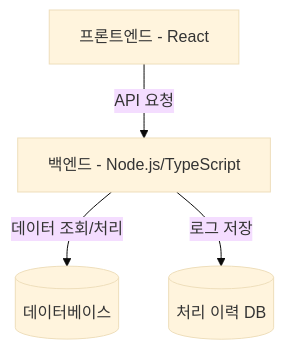
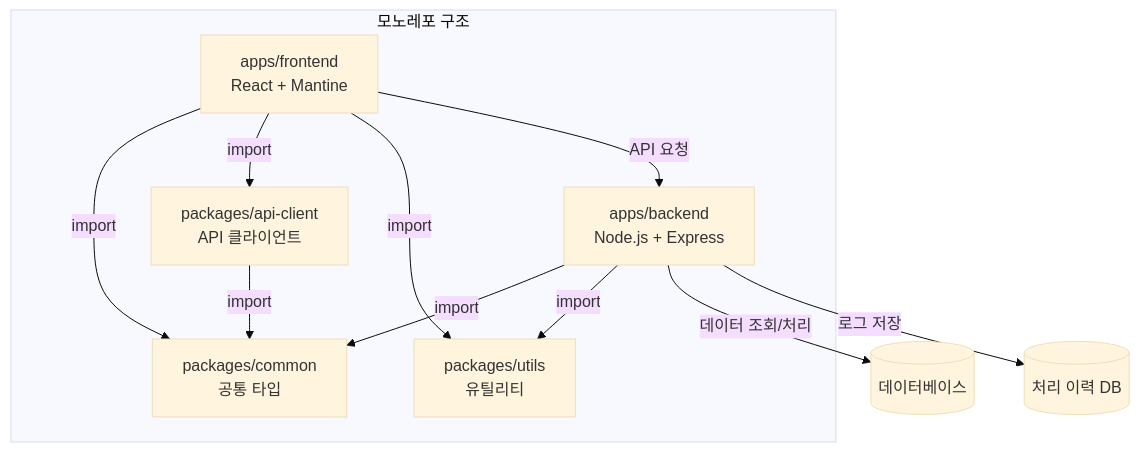
The first of 4 diagrams in docs/diagram-system-design.md (JiwonKim-wq/test-diagram), drawn with Mermaid (base theme) before and after one commit. The commit also changed other lines of this file and 3 other files, not shown here.

Commit message:
모노레포 구조 및 Mantine UI Kit 반영: 요구사항과 설계문서 업데이트

````diff
--- a/docs/diagram-system-design.md
+++ b/docs/diagram-system-design.md
@@ -6,6 +21,21 @@
 ```mermaid
 graph TB
-    FE[프론트엔드 - React] --> |API 요청| BE[백엔드 - Node.js/TypeScript]
+    subgraph Monorepo["모노레포 구조"]
+        FE[apps/frontend<br/>React + Mantine] 
+        BE[apps/backend<br/>Node.js + Express]
+        Common[packages/common<br/>공통 타입]
+        ApiClient[packages/api-client<br/>API 클라이언트]
+        Utils[packages/utils<br/>유틸리티]
+    end
+    
+    FE --> |import| Common
+    FE --> |import| ApiClient
+    FE --> |import| Utils
+    BE --> |import| Common
+    BE --> |import| Utils
+    ApiClient --> |import| Common
+    
+    FE --> |API 요청| BE
     BE --> |데이터 조회/처리| DB[(데이터베이스)]
     BE --> |로그 저장| LOG[(처리 이력 DB)]
 ```
````
